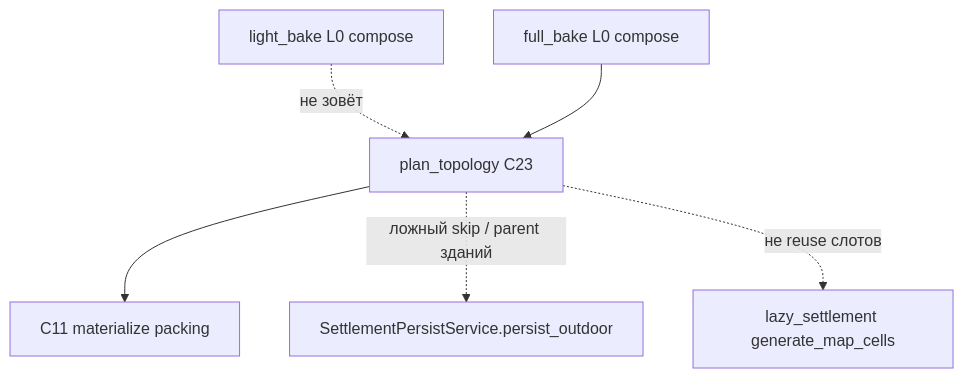
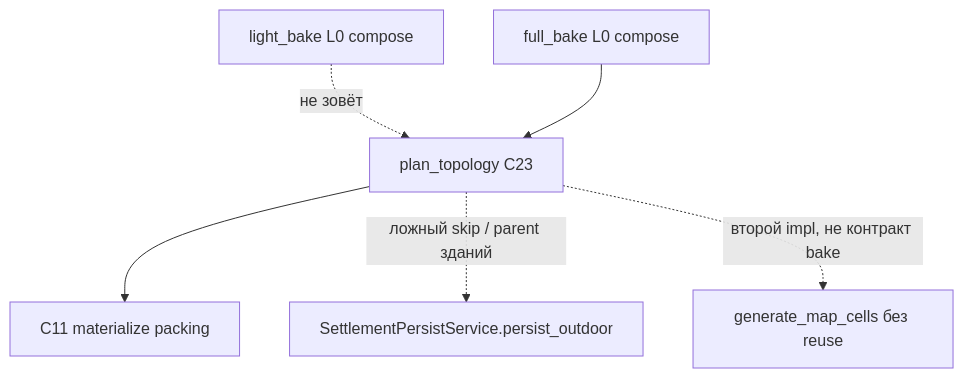
The diagram in docs/tz_city_generation_technical_debt.md (AndrewBondaren/AI-Project), drawn with Mermaid before and after one commit. The commit also changed other lines of this file and 49 other files, not shown here.

````diff
--- a/docs/tz_city_generation_technical_debt.md
+++ b/docs/tz_city_generation_technical_debt.md
@@ -35,14 +35,14 @@
 ```mermaid
 flowchart TD
   LB["light_bake L0 compose"]
   FB["full_bake L0 compose"]
   TOPO["plan_topology C23"]
   C11["C11 materialize packing"]
   OLD["SettlementPersistService.persist_outdoor"]
-  DAG["lazy_settlement generate_map_cells"]
+  GMC["generate_map_cells без reuse"]
   LB -.->|"не зовёт"| TOPO
   FB --> TOPO
   TOPO --> C11
   TOPO -.->|"ложный skip / parent зданий"| OLD
-  TOPO -.->|"не reuse слотов"| DAG
+  TOPO -.->|"второй impl, не контракт bake"| GMC
 ```
````
